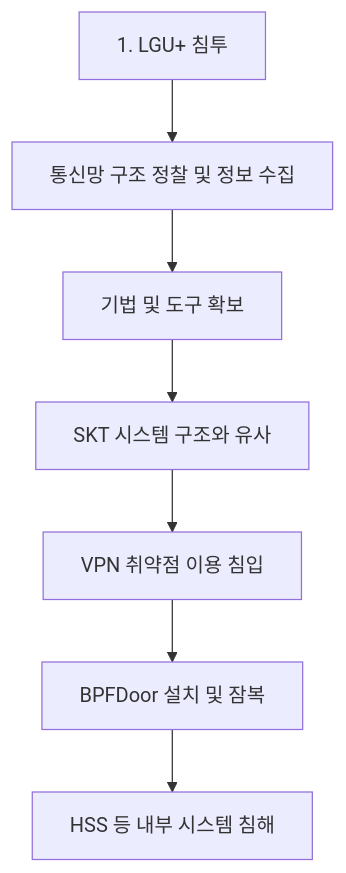
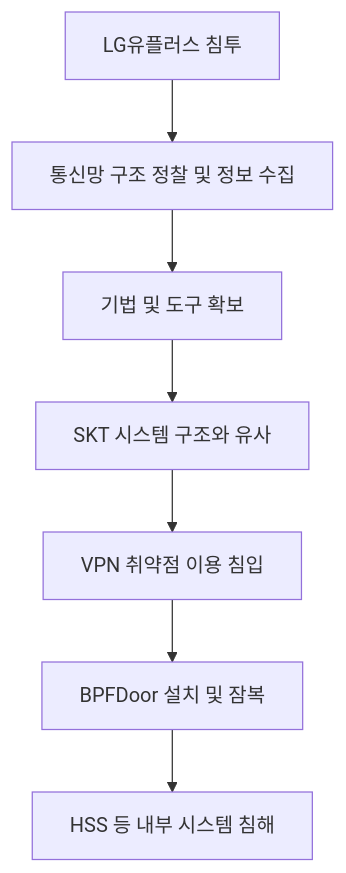
The diagram in content/ko/threats/case-skt_bpfdoor.md (qubitsec/blog), drawn with Mermaid before and after one commit.

`````diff
--- a/content/ko/threats/case-skt_bpfdoor.md
+++ b/content/ko/threats/case-skt_bpfdoor.md
@@ -41,9 +41,9 @@
 ```mermaid
 flowchart TD
-    A[1. LGU+ 침투] --> B[통신망 구조 정찰 및 정보 수집]
+    A[LG유플러스 침투] --> B[통신망 구조 정찰 및 정보 수집]
     B --> C[기법 및 도구 확보]
     C --> D[SKT 시스템 구조와 유사]
     D --> E[VPN 취약점 이용 침입]
     E --> F[BPFDoor 설치 및 잠복]
     F --> G[HSS 등 내부 시스템 침해]
 ````
`````
